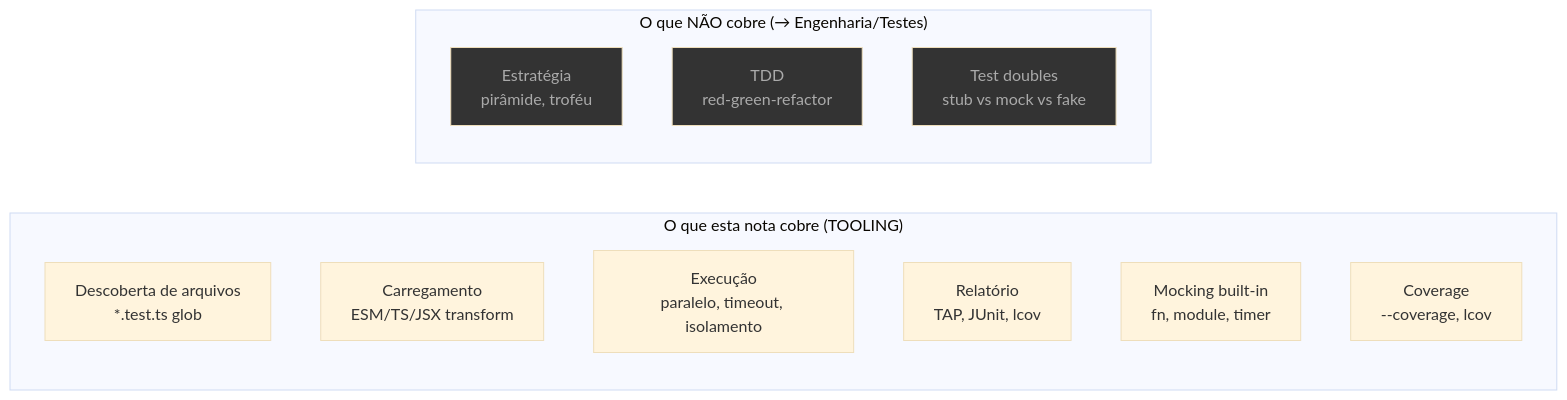
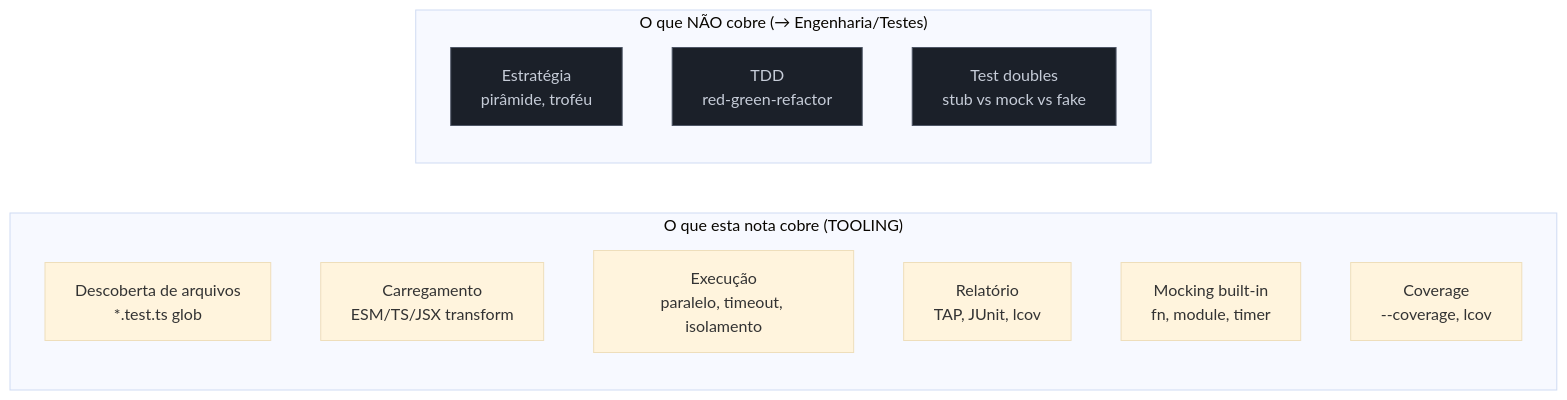
Before and after one commit to josenaldo/codex-technomanticus: the first of 5 diagrams in 03-Dominios/Tecnologia/Tooling e Build/19 - Test runner nativo (node-test) e o cenário de testes.md, drawn with Mermaid (base theme). The commit also changed other lines of this file and 1181 other files, not shown here.

First line of the commit message:
fix(diagramas): paleta do sistema no lugar de cor cravada no markdown

````diff
--- a/03-Dominios/Tecnologia/Tooling e Build/19 - Test runner nativo (node-test) e o cenário de testes.md
+++ b/03-Dominios/Tecnologia/Tooling e Build/19 - Test runner nativo (node-test) e o cenário de testes.md
@@ -39,21 +39,22 @@
 ```mermaid
 flowchart LR
+    classDef neutro fill:#1B2029,stroke:#4E5666,color:#C6CCD8
     subgraph "O que esta nota cobre (TOOLING)"
         D["Descoberta de arquivos\n*.test.ts glob"]
         L["Carregamento\nESM/TS/JSX transform"]
         E["Execução\nparalelo, timeout, isolamento"]
         R["Relatório\nTAP, JUnit, lcov"]
         M["Mocking built-in\nfn, module, timer"]
         C["Coverage\n--coverage, lcov"]
     end
 
     subgraph "O que NÃO cobre (→ Engenharia/Testes)"
         S["Estratégia\npirâmide, troféu"]
         T["TDD\nred-green-refactor"]
         DO["Test doubles\nstub vs mock vs fake"]
     end
 
-    style S fill:#333,color:#aaa
-    style T fill:#333,color:#aaa
-    style DO fill:#333,color:#aaa
+    class S neutro
+    class T neutro
+    class DO neutro
 ```
````
